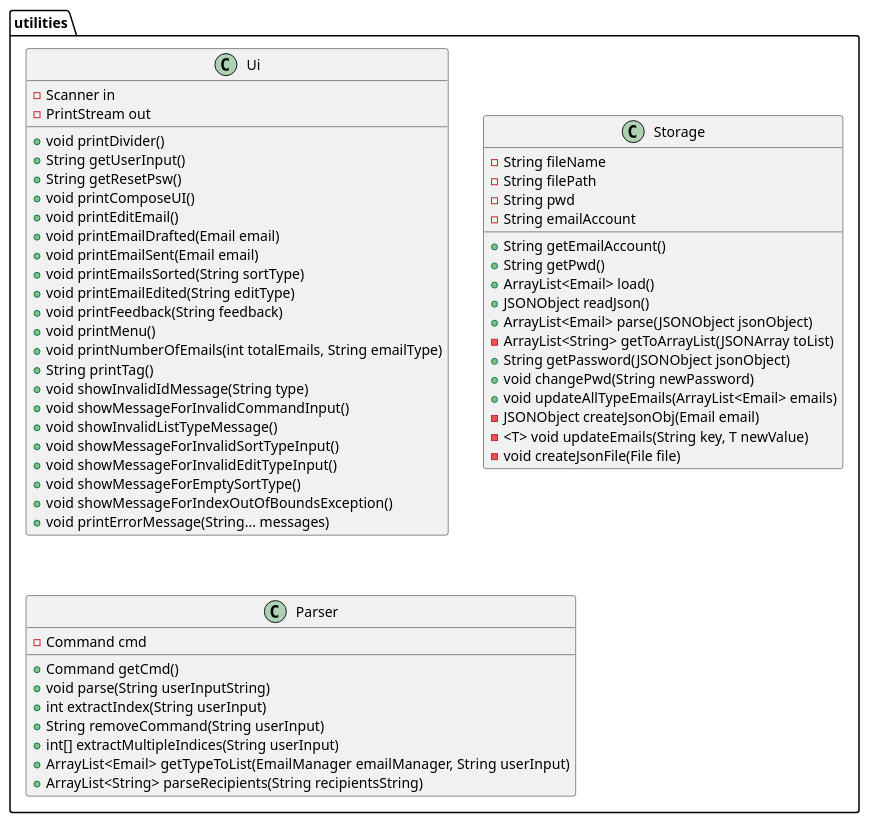
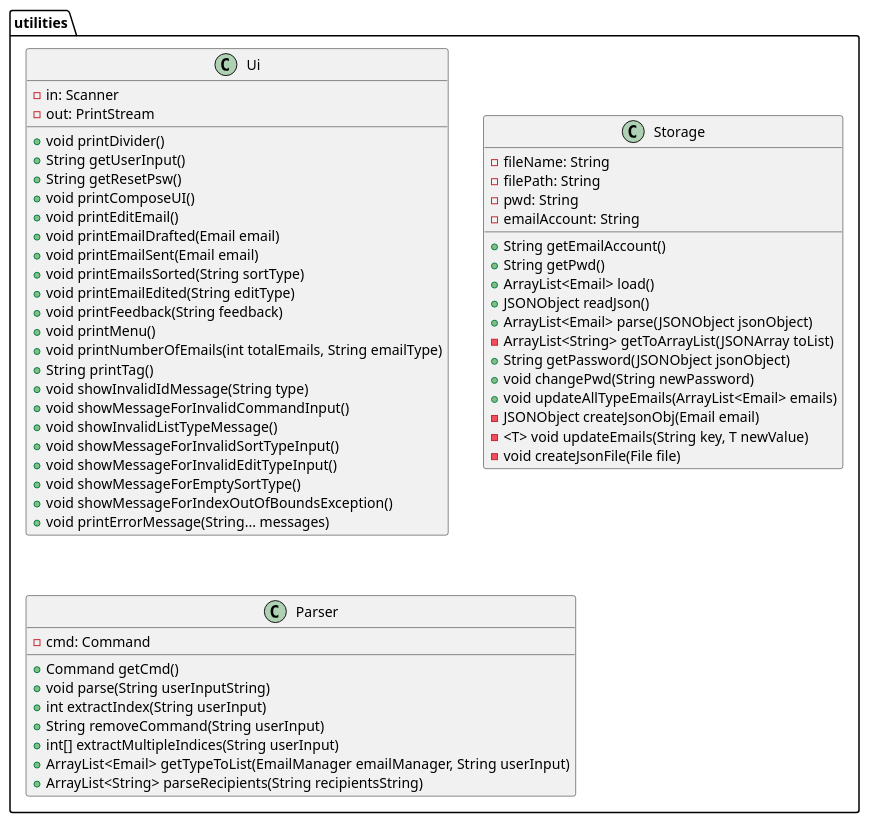
The diagram in docs/UML diagrams/Utilities.puml (yanli1215/tp), drawn with PlantUML before and after one commit. The commit also changed 4 other files, not shown here.

```diff
--- a/docs/UML diagrams/Utilities.puml
+++ b/docs/UML diagrams/Utilities.puml
@@ -1,58 +1,58 @@
 @startuml
 class utilities.Ui {
-- Scanner in
-- PrintStream out
+- in: Scanner
+- out: PrintStream
 + void printDivider()
 + String getUserInput()
 + String getResetPsw()
 + void printComposeUI()
 + void printEditEmail()
 + void printEmailDrafted(Email email)
 + void printEmailSent(Email email)
 + void printEmailsSorted(String sortType)
 + void printEmailEdited(String editType)
 + void printFeedback(String feedback)
 + void printMenu()
 + void printNumberOfEmails(int totalEmails, String emailType)
 + String printTag()
 + void showInvalidIdMessage(String type)
 + void showMessageForInvalidCommandInput()
 + void showInvalidListTypeMessage()
 + void showMessageForInvalidSortTypeInput()
 + void showMessageForInvalidEditTypeInput()
 + void showMessageForEmptySortType()
 + void showMessageForIndexOutOfBoundsException()
 + void printErrorMessage(String... messages)
 }
 
 class utilities.Storage {
-- String fileName
-- String filePath
-- String pwd
-- String emailAccount
+- fileName: String
+- filePath: String
+- pwd: String
+- emailAccount: String
 + String getEmailAccount()
 + String getPwd()
 + ArrayList<Email> load()
 + JSONObject readJson()
 + ArrayList<Email> parse(JSONObject jsonObject)
 - ArrayList<String> getToArrayList(JSONArray toList)
 + String getPassword(JSONObject jsonObject)
 + void changePwd(String newPassword)
 + void updateAllTypeEmails(ArrayList<Email> emails)
 - JSONObject createJsonObj(Email email)
 - <T> void updateEmails(String key, T newValue)
 - void createJsonFile(File file)
 }
 
 class utilities.Parser {
-- Command cmd
+- cmd: Command
 + Command getCmd()
 + void parse(String userInputString)
 + int extractIndex(String userInput)
 + String removeCommand(String userInput)
 + int[] extractMultipleIndices(String userInput)
 + ArrayList<Email> getTypeToList(EmailManager emailManager, String userInput)
 + ArrayList<String> parseRecipients(String recipientsString)
 }
 
 @enduml
```
